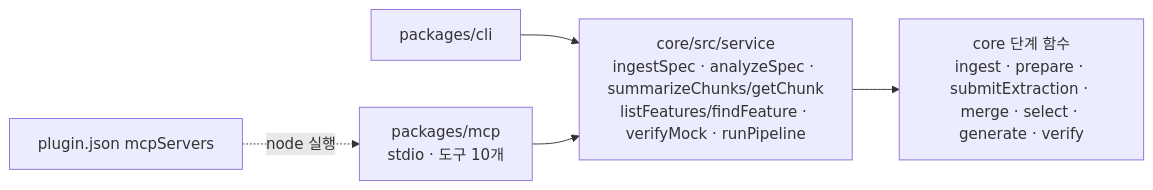
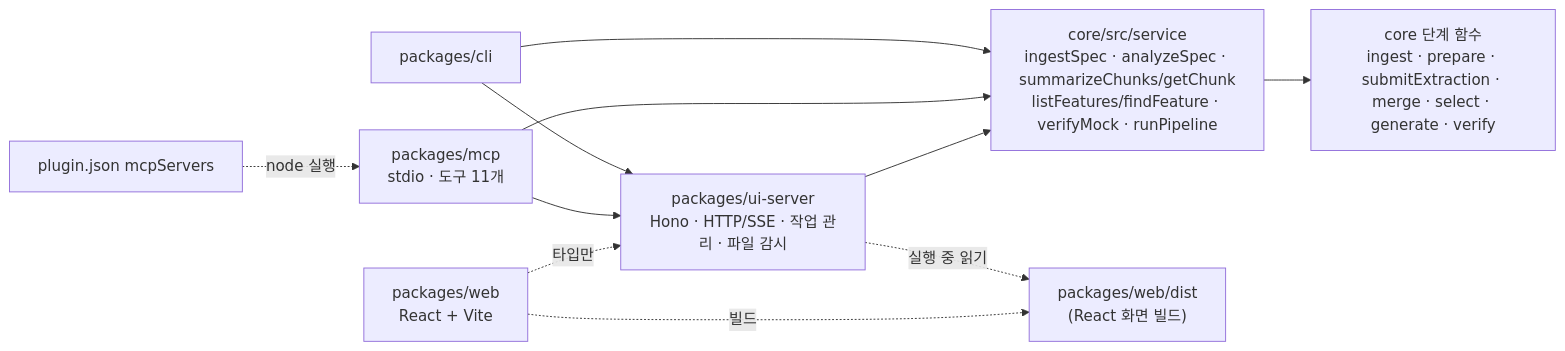
Before and after one commit to geonhos/specmock: the third of 10 diagrams in docs/architecture.md, drawn with Mermaid. The commit also changed other lines of this file and 11 other files, not shown here.

````diff
--- a/docs/architecture.md
+++ b/docs/architecture.md
@@ -51,7 +51,13 @@
 ```mermaid
 flowchart LR
     CLI["packages/cli"] --> SVC["core/src/service<br/>ingestSpec · analyzeSpec · summarizeChunks/getChunk<br/>listFeatures/findFeature · verifyMock · runPipeline"]
-    MCP["packages/mcp<br/>stdio · 도구 10개"] --> SVC
+    MCP["packages/mcp<br/>stdio · 도구 11개"] --> SVC
+    CLI --> UIS["packages/ui-server<br/>Hono · HTTP/SSE · 작업 관리 · 파일 감시"]
+    MCP --> UIS
+    UIS --> SVC
+    UIS -. 실행 중 읽기 .-> WEBD["packages/web/dist<br/>(React 화면 빌드)"]
+    WEB["packages/web<br/>React + Vite"] -. 타입만 .-> UIS
+    WEB -. 빌드 .-> WEBD
     SVC --> CORE["core 단계 함수<br/>ingest · prepare · submitExtraction · merge · select · generate · verify"]
     PLUGIN["plugin.json mcpServers"] -. node 실행 .-> MCP
 ```
````
